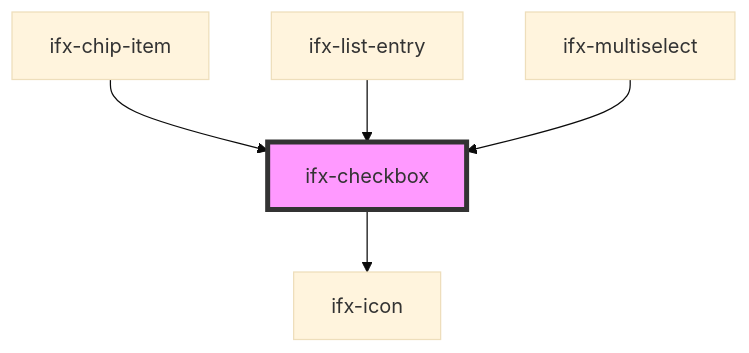
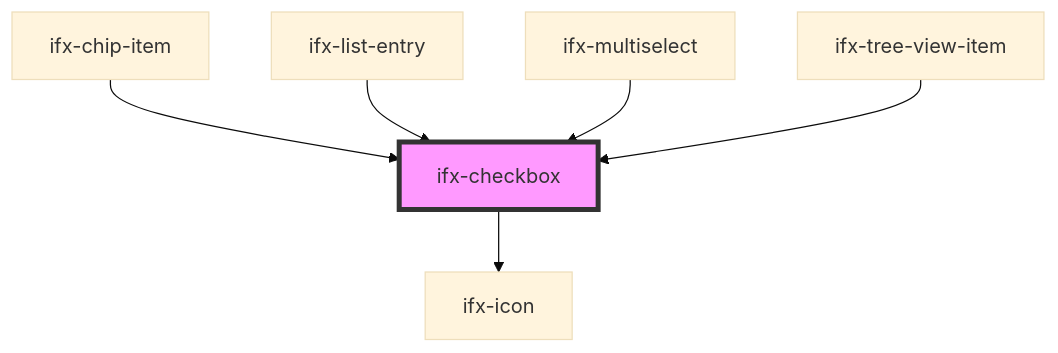
One commit to Infineon/infineon-design-system-stencil changed the diagram in packages/components/src/components/checkbox/readme.md. Above: the diagram before and after it, drawn with Mermaid (base theme). The commit also changed other lines of this file and 4 other files, not shown here.

Commit message:
Tree view: Add checkbox functions; Update Styles

````diff
--- a/packages/components/src/components/checkbox/readme.md
+++ b/packages/components/src/components/checkbox/readme.md
@@ -70,8 +71,9 @@
 ```mermaid
 graph TD;
   ifx-checkbox --> ifx-icon
   ifx-chip-item --> ifx-checkbox
   ifx-list-entry --> ifx-checkbox
   ifx-multiselect --> ifx-checkbox
+  ifx-tree-view-item --> ifx-checkbox
   style ifx-checkbox fill:#f9f,stroke:#333,stroke-width:4px
 ```
````
